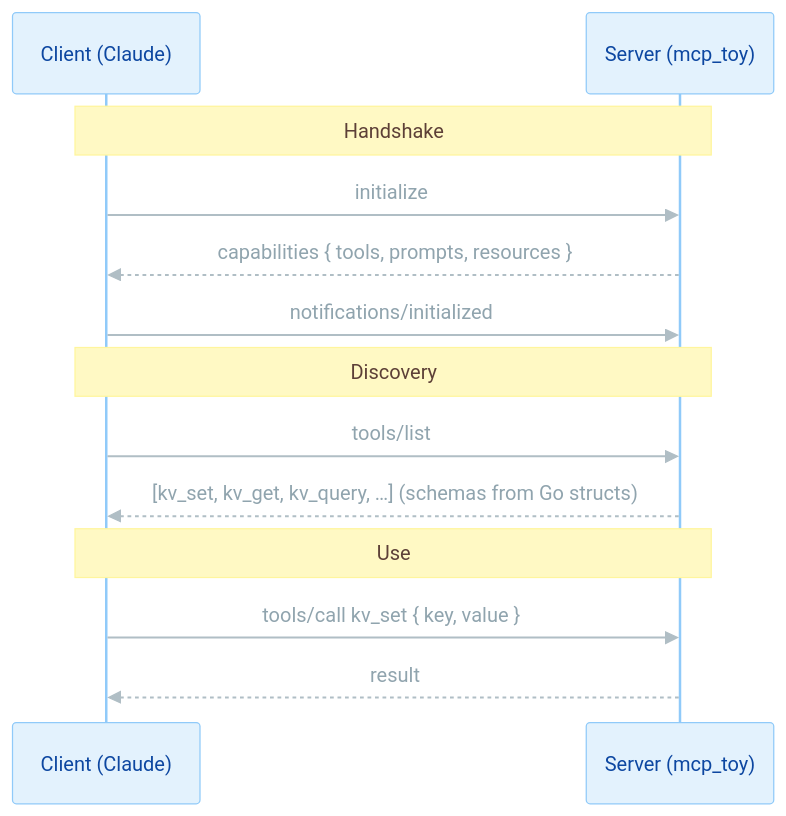
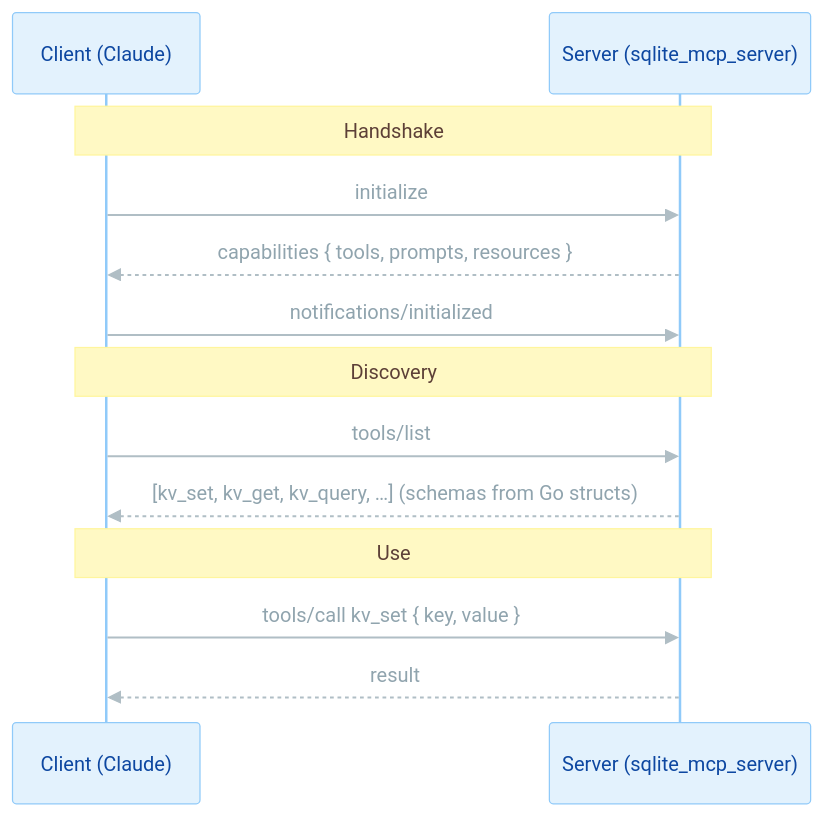
The first of 4 diagrams in README.md (pixperk/sqlite_mcp_server), drawn with Mermaid before and after one commit. The commit also changed other lines of this file, not shown here.

````diff
--- a/README.md
+++ b/README.md
@@ -70,19 +70,19 @@
 ```mermaid
 %%{init: {'theme':'base','themeVariables':{'actorBkg':'#E3F2FD','actorBorder':'#90CAF9','actorTextColor':'#0D47A1','signalColor':'#B0BEC5','signalTextColor':'#90A4AE','lineColor':'#B0BEC5','noteBkgColor':'#FFF9C4','noteBorderColor':'#FFF59D','noteTextColor':'#5D4037'}}}%%
 sequenceDiagram
     participant C as Client (Claude)
-    participant S as Server (mcp_toy)
+    participant S as Server (sqlite_mcp_server)
 
     Note over C,S: Handshake
     C->>S: initialize
     S-->>C: capabilities { tools, prompts, resources }
     C->>S: notifications/initialized
 
     Note over C,S: Discovery
     C->>S: tools/list
     S-->>C: [kv_set, kv_get, kv_query, …]  (schemas from Go structs)
 
     Note over C,S: Use
     C->>S: tools/call kv_set { key, value }
     S-->>C: result
 ```
````
